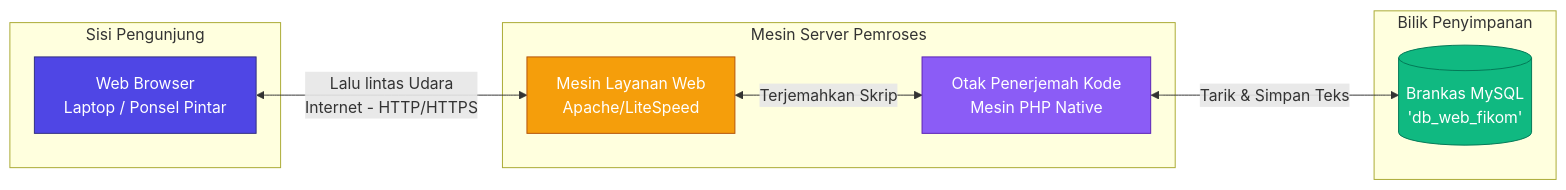
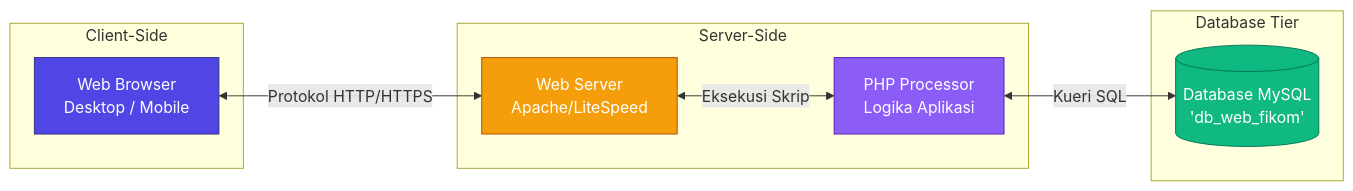
One commit to arbain-dev/Web_fikom changed the first of 2 diagrams in docs/04_DESAIN_ARSITEKTUR_SISTEM.md. Above: the diagram before and after it, drawn with Mermaid. The commit also changed other lines of this file and 2 other files, not shown here.

````diff
--- a/docs/04_DESAIN_ARSITEKTUR_SISTEM.md
+++ b/docs/04_DESAIN_ARSITEKTUR_SISTEM.md
@@ -16,25 +14,25 @@
 ```mermaid
 flowchart LR
-    subgraph Client [Sisi Pengunjung]
-        Browser[Web Browser\nLaptop / Ponsel Pintar]
+    subgraph Client [Client-Side]
+        Browser[Web Browser\nDesktop / Mobile]
     end
 
-    subgraph Server [Mesin Server Pemroses]
-        Apache[Mesin Layanan Web\nApache/LiteSpeed]
-        PHP[Otak Penerjemah Kode\nMesin PHP Native]
+    subgraph Server [Server-Side]
+        Apache[Web Server\nApache/LiteSpeed]
+        PHP[PHP Processor\nLogika Aplikasi]
         
-        Apache <-->|Terjemahkan Skrip| PHP
+        Apache <-->|Eksekusi Skrip| PHP
     end
 
-    subgraph Database [Bilik Penyimpanan]
-        MySQL[(Brankas MySQL\n'db_web_fikom')]
+    subgraph Database [Database Tier]
+        MySQL[(Database MySQL\n'db_web_fikom')]
     end
 
-    Browser <-->|Lalu lintas Udara\nInternet - HTTP/HTTPS| Apache
-    PHP <-->|Tarik & Simpan Teks| MySQL
+    Browser <-->|Protokol HTTP/HTTPS| Apache
+    PHP <-->|Kueri SQL| MySQL
     
     style Browser fill:#4f46e5,color:#fff,stroke:#312e81
     style Apache fill:#f59e0b,color:#fff,stroke:#b45309
     style PHP fill:#8b5cf6,color:#fff,stroke:#5b21b6
     style MySQL fill:#10b981,color:#fff,stroke:#047857
 ```
````
